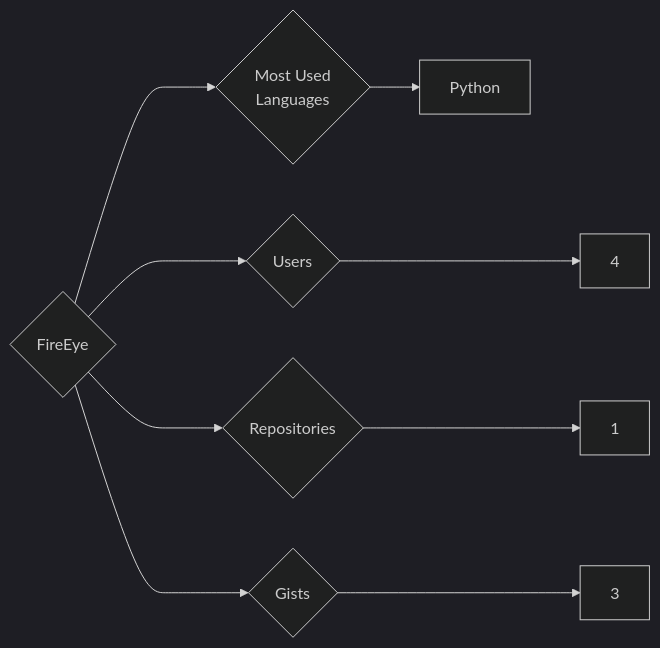
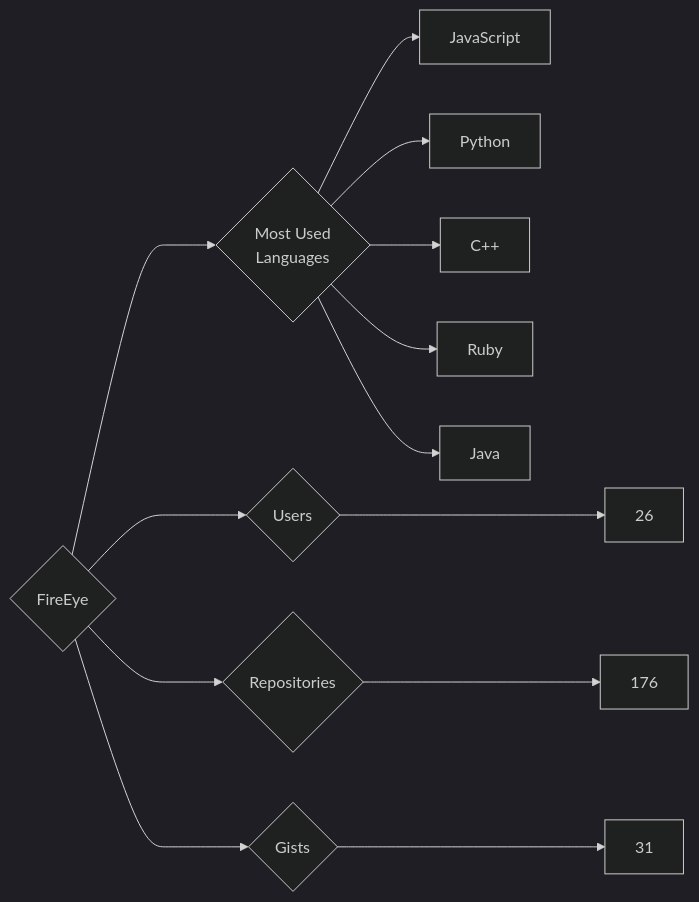
Before and after one commit to trickest/insiders: the diagram in targets/FireEye/README.md, drawn with Mermaid (dark theme). The commit also changed 614 other files, not shown here.

````diff
--- a/targets/FireEye/README.md
+++ b/targets/FireEye/README.md
@@ -3,9 +3,13 @@
 ```mermaid
 graph LR
 COMPANY_NAME{FireEye}
-COMPANY_NAME ---> U{Users} ---> UN[4]
-COMPANY_NAME ---> R{Repositories} ---> RN[1]
-COMPANY_NAME ---> G{Gists} ---> GN[3]
+COMPANY_NAME ---> U{Users} ---> UN[26]
+COMPANY_NAME ---> R{Repositories} ---> RN[176]
+COMPANY_NAME ---> G{Gists} ---> GN[31]
 COMPANY_NAME ---> ML{Most Used<br>Languages}
+ML --> JavaScript[JavaScript]
 ML --> Python[Python]
+ML --> C++[C++]
+ML --> Ruby[Ruby]
+ML --> Java[Java]
 ```
````
